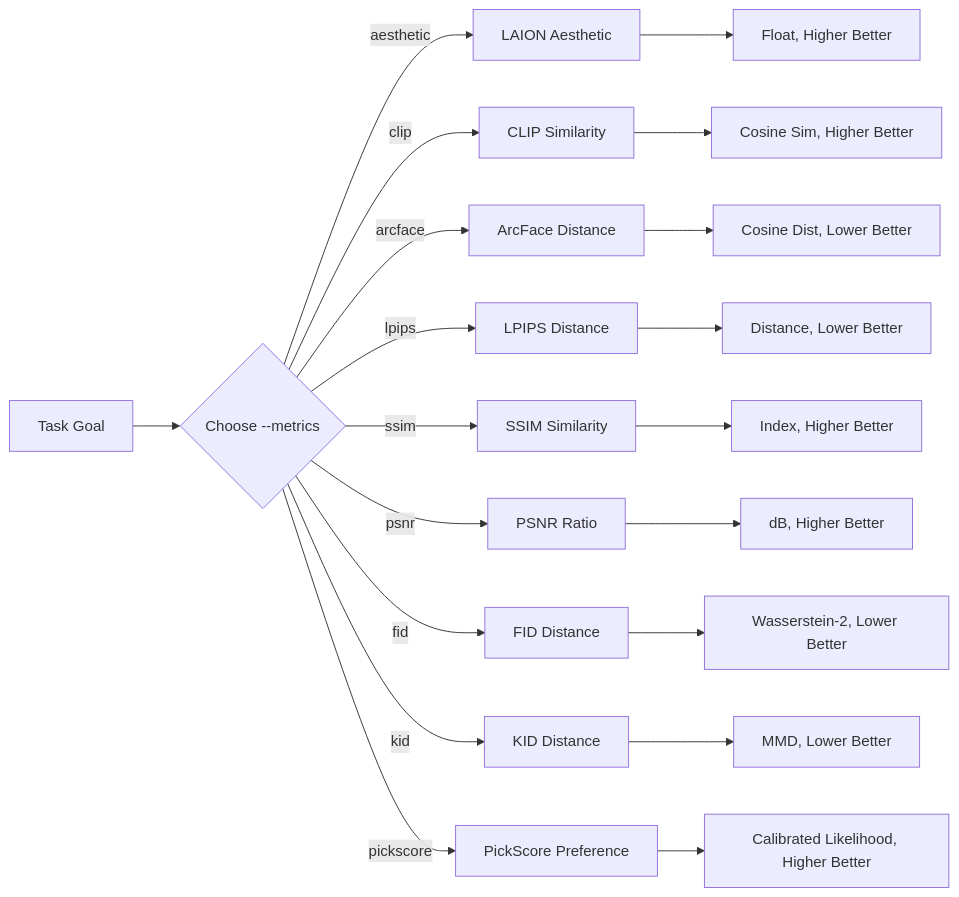
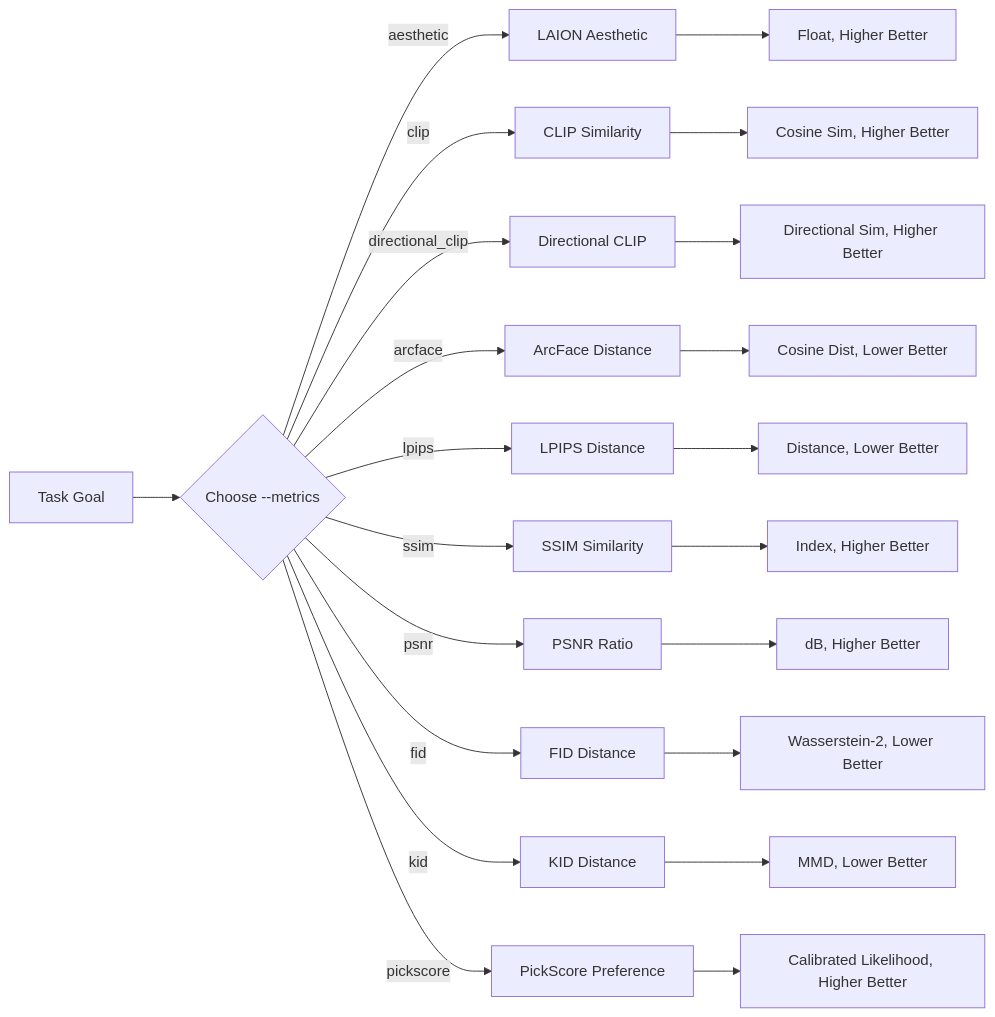
One commit to neverbiasu/image-evaluator changed the diagram in README.md. Above: the diagram before and after it, drawn with Mermaid. The commit also changed other lines of this file and 4 other files, not shown here.

Commit message:
chore(release): bump version to 0.4.0 and add Directional CLIP documentation

````diff
--- a/README.md
+++ b/README.md
@@ -7,22 +7,24 @@
 ```mermaid
 flowchart LR
     A[Task Goal] --> B{Choose --metrics}
     B -->|aesthetic| C[LAION Aesthetic]
     B -->|clip| D[CLIP Similarity]
+    B -->|directional_clip| U[Directional CLIP]
     B -->|arcface| E[ArcFace Distance]
     B -->|lpips| F[LPIPS Distance]
     B -->|ssim| G[SSIM Similarity]
     B -->|psnr| H[PSNR Ratio]
     B -->|fid| O[FID Distance]
     B -->|kid| P[KID Distance]
     B -->|pickscore| S[PickScore Preference]
     C --> I[Float, Higher Better]
     D --> J[Cosine Sim, Higher Better]
+    U --> V[Directional Sim, Higher Better]
     E --> K[Cosine Dist, Lower Better]
     F --> L[Distance, Lower Better]
     G --> M[Index, Higher Better]
     H --> N[dB, Higher Better]
     O --> Q[Wasserstein-2, Lower Better]
     P --> R[MMD, Lower Better]
     S --> T[Calibrated Likelihood, Higher Better]
 ```
````
